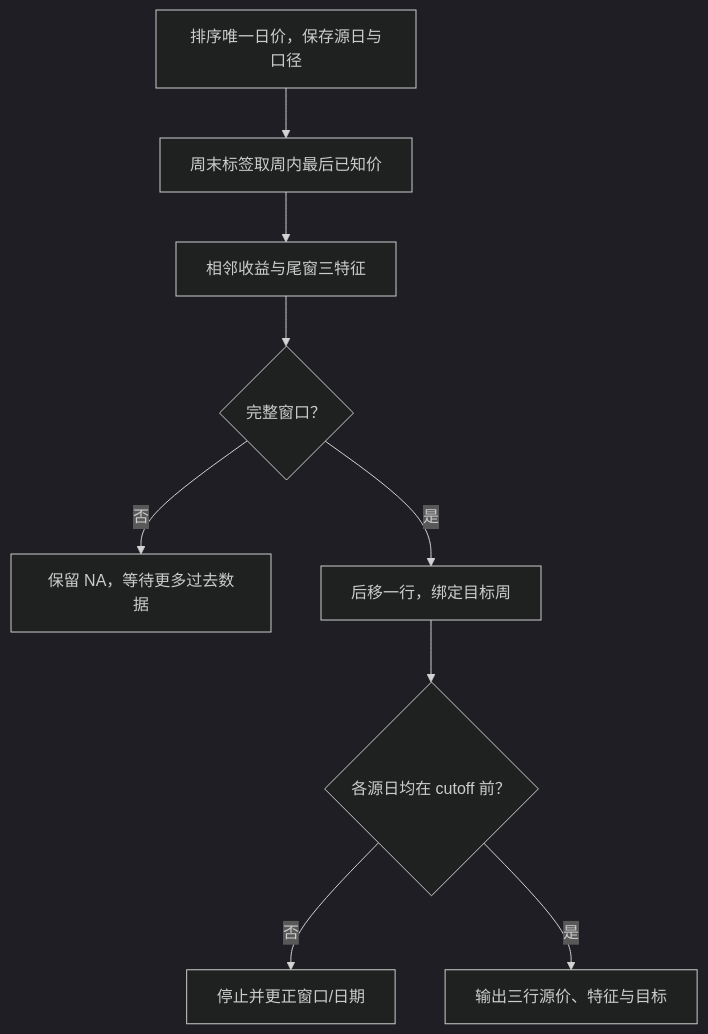
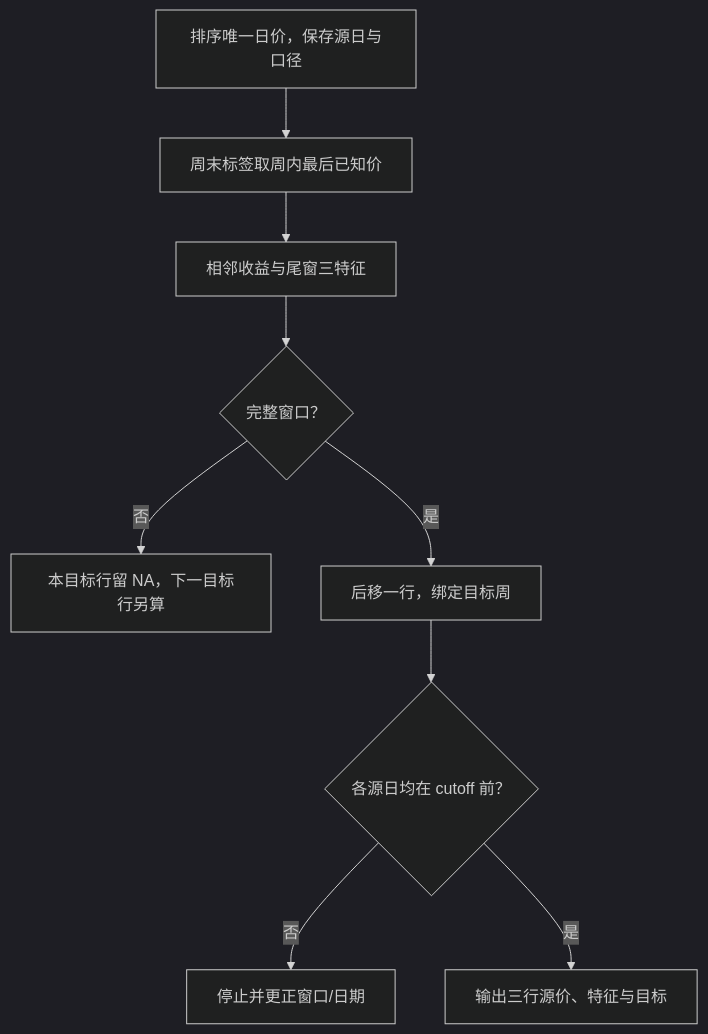
One commit to CercaTrovato/cityu-ai-course-notes changed the eighth of 11 diagrams in EF5560_Fintech_and_AI_in_Finance/notes/M01-金融数据与Vibe-Coding.md. Above: the diagram before and after it, drawn with Mermaid (dark theme). The commit also changed other lines of this file and 2300 other files, not shown here.

First line of the commit message:
完善五课程逐页学习笔记、课件原图与修补规范

````diff
--- a/EF5560_Fintech_and_AI_in_Finance/notes/M01-金融数据与Vibe-Coding.md
+++ b/EF5560_Fintech_and_AI_in_Finance/notes/M01-金融数据与Vibe-Coding.md
@@ -1365,11 +2057,11 @@
 ```mermaid
 flowchart TD
  A["排序唯一日价，保存源日与口径"] --> B["周末标签取周内最后已知价"]
  B --> C["相邻收益与尾窗三特征"]
  C --> D{"完整窗口？"}
- D -->|否| E["保留 NA，等待更多过去数据"]
+ D -->|否| E["本目标行留 NA，下一目标行另算"]
  D -->|是| F["后移一行，绑定目标周"]
  F --> G{"各源日均在 cutoff 前？"}
  G -->|否| H["停止并更正窗口/日期"]
  G -->|是| I["输出三行源价、特征与目标"]
 ```
````
